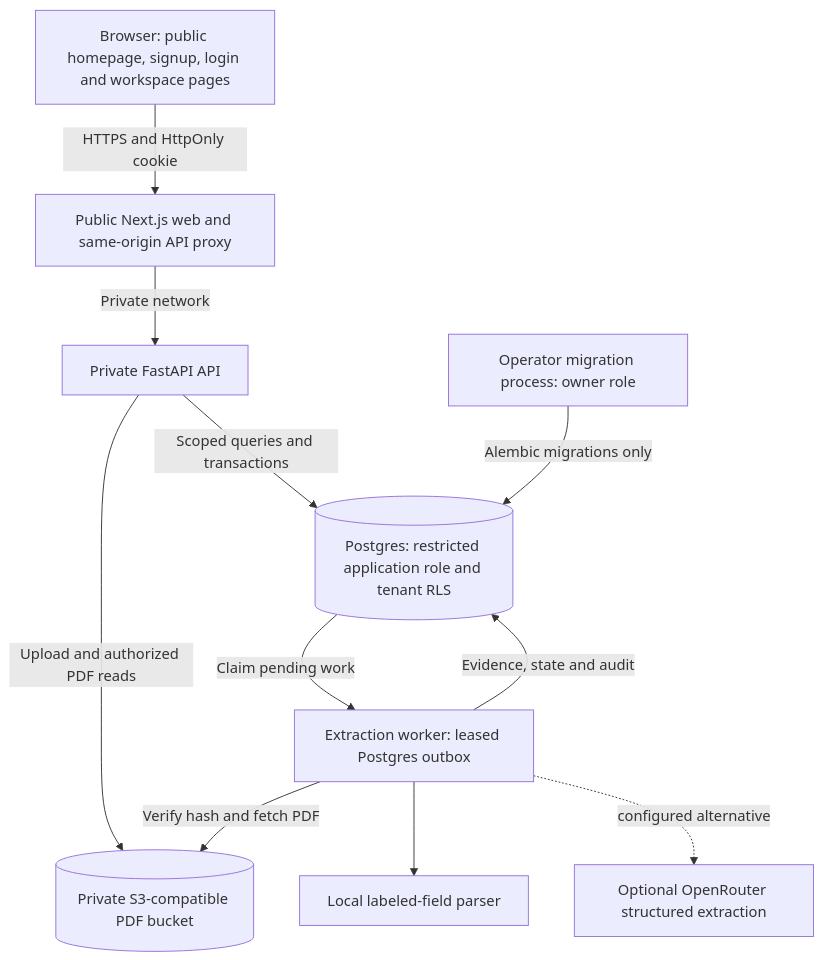
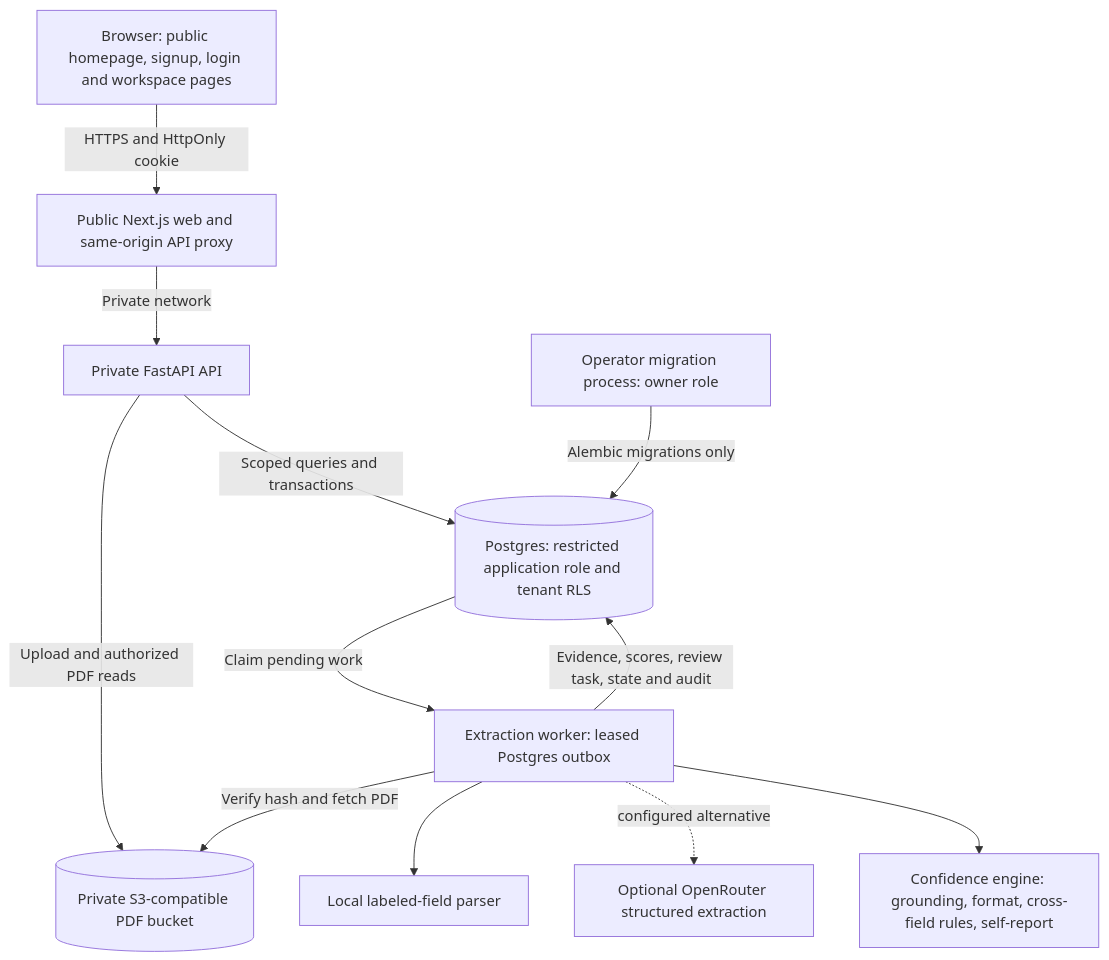
One commit to Abhinavsuri90/opspilot changed the first of 6 diagrams in SYSTEM_DESIGN.md. Above: the diagram before and after it, drawn with Mermaid. The commit also changed other lines of this file and 49 other files, not shown here.

````diff
--- a/SYSTEM_DESIGN.md
+++ b/SYSTEM_DESIGN.md
@@ -24,22 +24,24 @@
 ```mermaid
 flowchart TB
     Browser[Browser: public homepage, signup, login and workspace pages]
     Web[Public Next.js web and same-origin API proxy]
     API[Private FastAPI API]
     DB[(Postgres: restricted application role and tenant RLS)]
     Store[(Private S3-compatible PDF bucket)]
     Worker[Extraction worker: leased Postgres outbox]
+    Confidence[Confidence engine: grounding, format, cross-field rules, self-report]
     Rules[Local labeled-field parser]
     Router[Optional OpenRouter structured extraction]
     Admin[Operator migration process: owner role]
     Browser -->|HTTPS and HttpOnly cookie| Web
     Web -->|Private network| API
     API -->|Scoped queries and transactions| DB
     API -->|Upload and authorized PDF reads| Store
     DB -->|Claim pending work| Worker
     Worker -->|Verify hash and fetch PDF| Store
     Worker --> Rules
     Worker -. configured alternative .-> Router
-    Worker -->|Evidence, state and audit| DB
+    Worker --> Confidence
+    Worker -->|Evidence, scores, review task, state and audit| DB
     Admin -->|Alembic migrations only| DB
 ```
````
